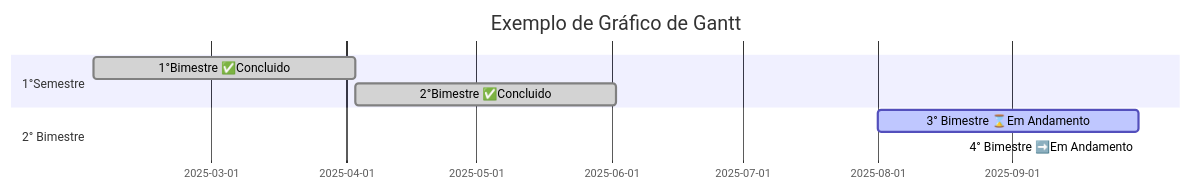
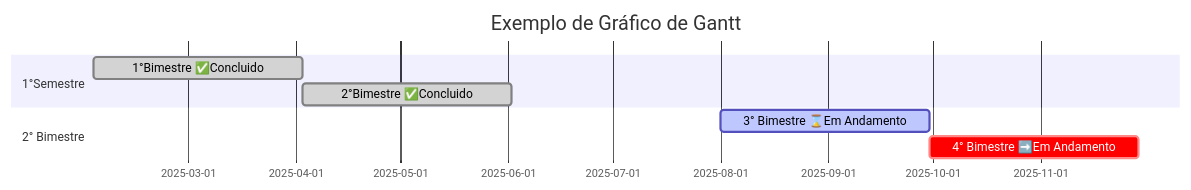
The third of 3 diagrams in README.md (Joao1paulo/grafico_g), drawn with Mermaid before and after one commit.

````diff
--- a/README.md
+++ b/README.md
@@ -18,12 +18,12 @@
 ```mermaid
 gantt
 title Exemplo de Gráfico de Gantt
 dateFormat YYYY-MM-DD
 section 1°Semestre
 1°Bimestre ✅Concluido: done, a1, 2025-02-02, 60d
 2°Bimestre ✅Concluido: done, a2, after a1, 60d
 
 section 2° Bimestre
 3° Bimestre ⌛Em Andamento: active, a3, 2025-08-01, 60d
-4° Bimestre ➡️Em Andamento: crit, a4, after a3, 60 d
+4° Bimestre ➡️Em Andamento: crit, a4, after a3, 60d
 ```
````
